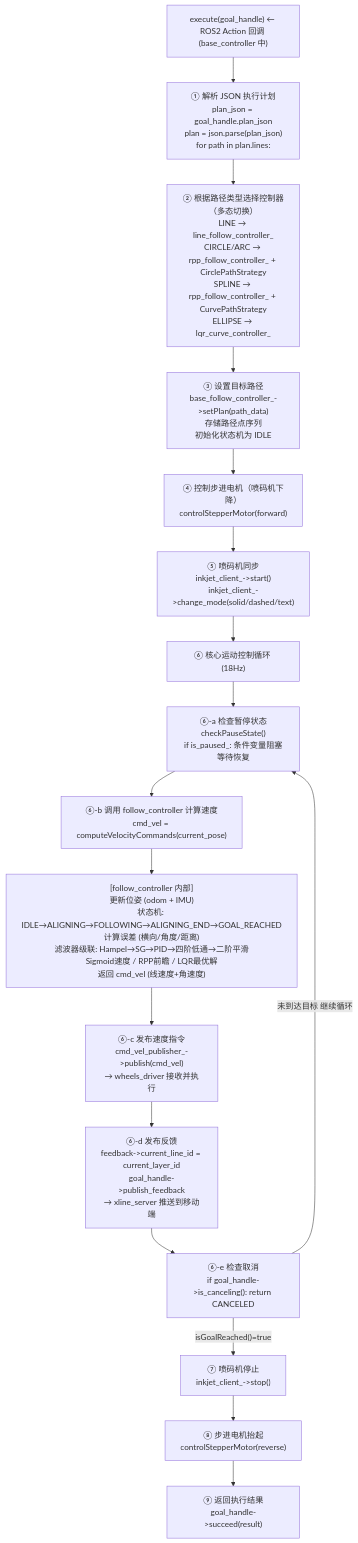
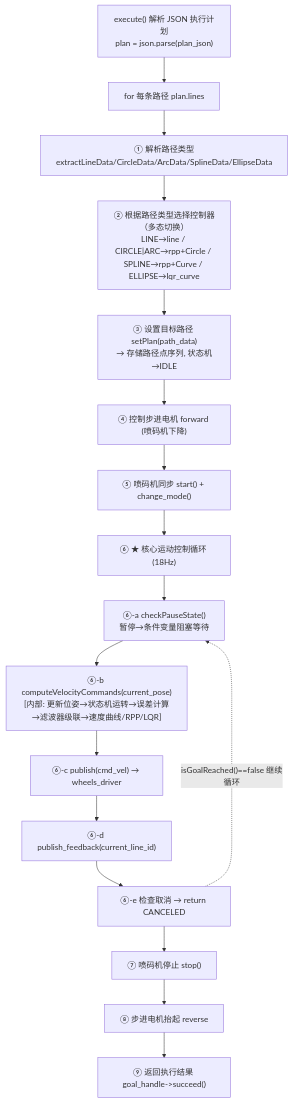
The third of 5 diagrams in a_黎伯项目/a__第一版机器相关代码及自述文件/readme/07_核心模块精读/03_xline_base_controller_运动控制中心.md (monstersjack/obsidian__ubuntu__project), drawn with Mermaid before and after one commit. The commit also changed other lines of this file and 14 other files, not shown here.

````diff
--- a/a_黎伯项目/a__第一版机器相关代码及自述文件/readme/07_核心模块精读/03_xline_base_controller_运动控制中心.md
+++ b/a_黎伯项目/a__第一版机器相关代码及自述文件/readme/07_核心模块精读/03_xline_base_controller_运动控制中心.md
@@ -147,21 +258,19 @@
 ```mermaid
 flowchart TD
-    START["execute(goal_handle) ← ROS2 Action 回调 (base_controller 中)"]
-    A["① 解析 JSON 执行计划<br/>plan_json = goal_handle.plan_json<br/>plan = json.parse(plan_json)<br/>for path in plan.lines:"] --> B["② 根据路径类型选择控制器（多态切换）<br/>LINE → line_follow_controller_<br/>CIRCLE/ARC → rpp_follow_controller_ + CirclePathStrategy<br/>SPLINE → rpp_follow_controller_ + CurvePathStrategy<br/>ELLIPSE → lqr_curve_controller_"]
-    B --> C["③ 设置目标路径<br/>base_follow_controller_->setPlan(path_data)<br/>存储路径点序列<br/>初始化状态机为 IDLE"]
-    C --> D["④ 控制步进电机（喷码机下降）<br/>controlStepperMotor(forward)"]
-    D --> E["⑤ 喷码机同步<br/>inkjet_client_->start()<br/>inkjet_client_->change_mode(solid/dashed/text)"]
-    E --> F["⑥ 核心运动控制循环 (18Hz)"]
-
-    F --> F1["⑥-a 检查暂停状态<br/>checkPauseState()<br/>if is_paused_: 条件变量阻塞等待恢复"]
-    F1 --> F2["⑥-b 调用 follow_controller 计算速度<br/>cmd_vel = computeVelocityCommands(current_pose)"]
-    F2 --> F2i["[follow_controller 内部]<br/>更新位姿 (odom + IMU)<br/>状态机: IDLE→ALIGNING→FOLLOWING→ALIGNING_END→GOAL_REACHED<br/>计算误差 (横向/角度/距离)<br/>滤波器级联: Hampel→SG→PID→四阶低通→二阶平滑<br/>Sigmoid速度 / RPP前瞻 / LQR最优解<br/>返回 cmd_vel (线速度+角速度)"]
-    F2i --> F3["⑥-c 发布速度指令<br/>cmd_vel_publisher_->publish(cmd_vel)<br/>→ wheels_driver 接收并执行"]
-    F3 --> F4["⑥-d 发布反馈<br/>feedback->current_line_id = current_layer_id<br/>goal_handle->publish_feedback<br/>→ xline_server 推送到移动端"]
-    F4 --> F5["⑥-e 检查取消<br/>if goal_handle->is_canceling(): return CANCELED"]
-    F5 -->|"未到达目标 继续循环"| F1
-    F5 -->|"isGoalReached()=true"| G["⑦ 喷码机停止<br/>inkjet_client_->stop()"]
-    G --> H["⑧ 步进电机抬起<br/>controlStepperMotor(reverse)"]
-    H --> I["⑨ 返回执行结果<br/>goal_handle->succeed(result)"]
-    START --> A
+    A["execute() 解析 JSON 执行计划<br/>plan = json.parse(plan_json)"] --> B["for 每条路径 plan.lines"]
+    B --> C["① 解析路径类型<br/>extractLineData/CircleData/ArcData/SplineData/EllipseData"]
+    C --> D["② 根据路径类型选择控制器（多态切换）<br/>LINE→line / CIRCLE|ARC→rpp+Circle / SPLINE→rpp+Curve / ELLIPSE→lqr_curve"]
+    D --> E["③ 设置目标路径 setPlan(path_data)<br/>→ 存储路径点序列, 状态机→IDLE"]
+    E --> F["④ 控制步进电机 forward (喷码机下降)"]
+    F --> G["⑤ 喷码机同步 start() + change_mode()"]
+    G --> H["⑥ ★ 核心运动控制循环 (18Hz)"]
+    H --> H1["⑥-a checkPauseState()<br/>暂停→条件变量阻塞等待"]
+    H1 --> H2["⑥-b computeVelocityCommands(current_pose)<br/>[内部: 更新位姿→状态机运转→误差计算→滤波器级联→速度曲线/RPP/LQR]"]
+    H2 --> H3["⑥-c publish(cmd_vel) → wheels_driver"]
+    H3 --> H4["⑥-d publish_feedback(current_line_id)"]
+    H4 --> H5["⑥-e 检查取消 → return CANCELED"]
+    H5 -.isGoalReached()==false 继续循环.-> H1
+    H5 --> I["⑦ 喷码机停止 stop()"]
+    I --> J["⑧ 步进电机抬起 reverse"]
+    J --> K["⑨ 返回执行结果 goal_handle->succeed()"]
 ```
````
